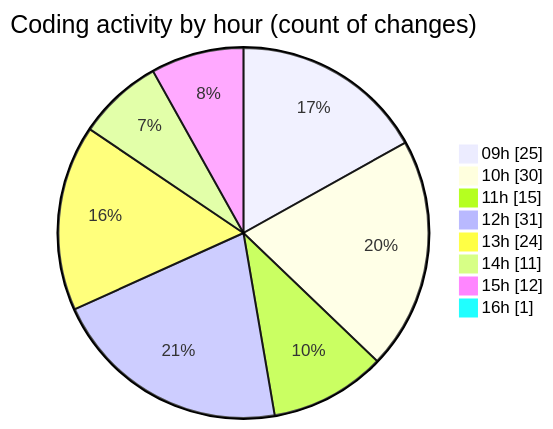
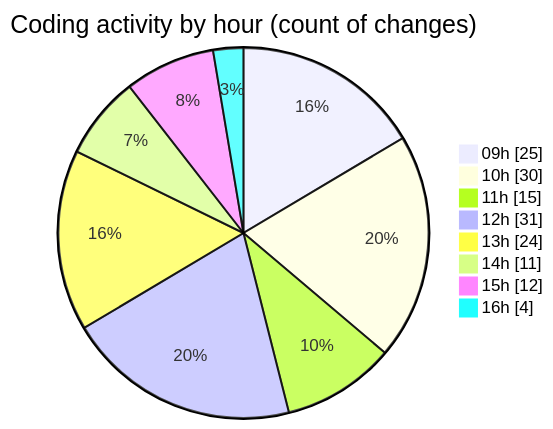
The second of 2 diagrams in 2025-11-18/cda/README.md (momahboobian/code-tracking), drawn with Mermaid before and after one commit. The commit also changed other lines of this file and 1 other file, not shown here.

````diff
--- a/2025-11-18/cda/README.md
+++ b/2025-11-18/cda/README.md
@@ -45,12 +45,12 @@
 ```mermaid
 pie showData
 title Coding activity by hour (count of changes)
 "09h" : 25
 "10h" : 30
 "11h" : 15
 "12h" : 31
 "13h" : 24
 "14h" : 11
 "15h" : 12
-"16h" : 1
+"16h" : 4
 ```
````
